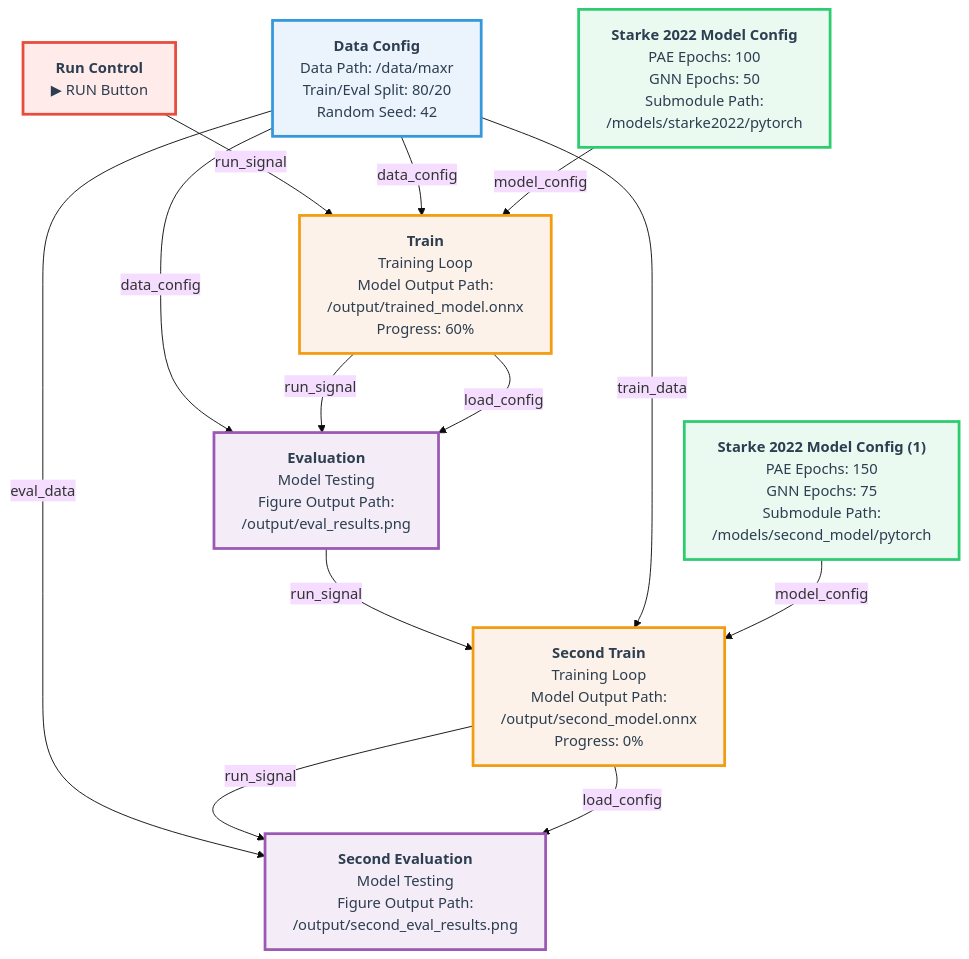
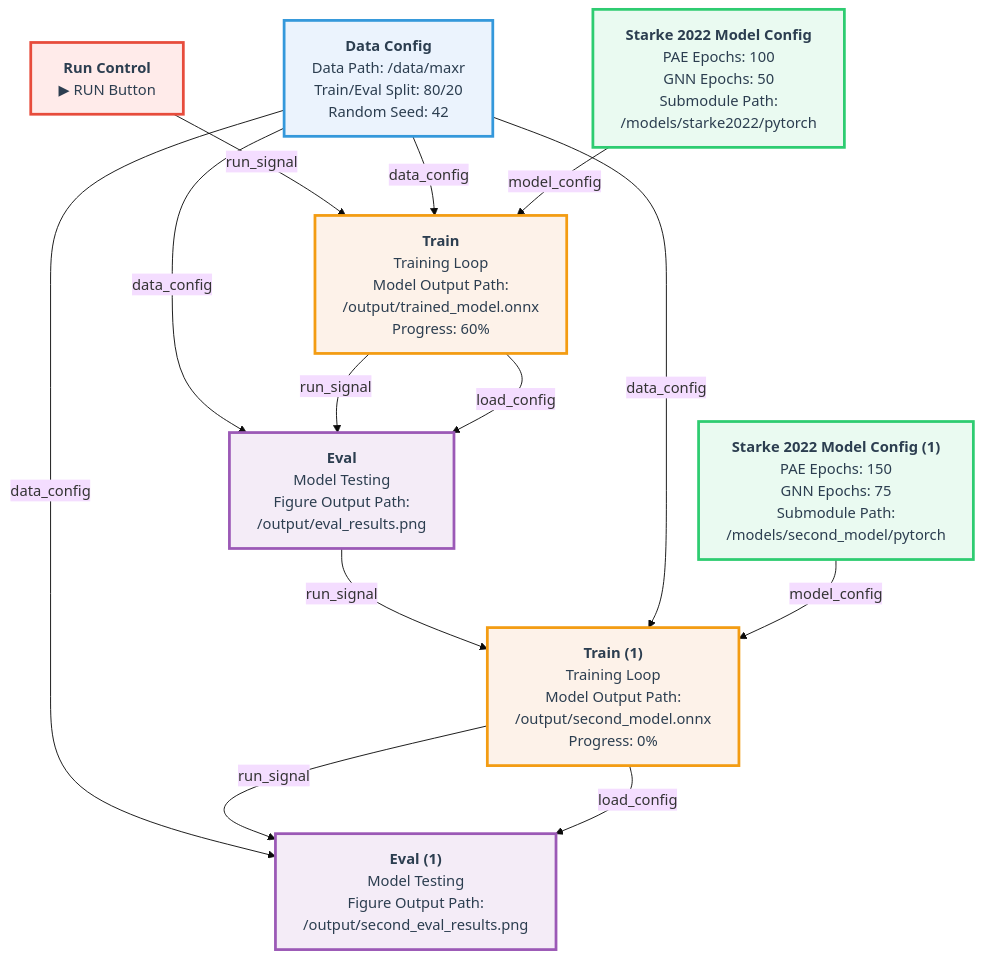
The diagram in doc/multi_training_pipeline.md (FilmakademieRnd/AnimHost), drawn with Mermaid (base theme) before and after one commit. The commit also changed 4 other files, not shown here.

Commit message:
design doc v1 mermaid and code snippets

````diff
--- a/doc/multi_training_pipeline.md
+++ b/doc/multi_training_pipeline.md
@@ -3,43 +3,43 @@
 ```mermaid
 graph TD
     %% Training Pipeline Nodes
     A["<b>Run Control</b><br/>▶ RUN Button"]
     B["<b>Data Config</b><br/>Data Path: /data/maxr<br/>Train/Eval Split: 80/20<br/>Random Seed: 42"]
     C["<b>Starke 2022 Model Config</b><br/>PAE Epochs: 100<br/>GNN Epochs: 50<br/>Submodule Path:<br/>/models/starke2022/pytorch"]
     E["<b>Train</b><br/>Training Loop<br/>Model Output Path:<br/>/output/trained_model.onnx<br/>Progress: 60%"]
-    F["<b>Evaluation</b><br/>Model Testing<br/>Figure Output Path:<br/>/output/eval_results.png"]
+    F["<b>Eval</b><br/>Model Testing<br/>Figure Output Path:<br/>/output/eval_results.png"]
     
     %% Second Training Pipeline Nodes
     G["<b>Starke 2022 Model Config (1)</b><br/>PAE Epochs: 150<br/>GNN Epochs: 75<br/>Submodule Path:<br/>/models/second_model/pytorch"]
-    I["<b>Second Train</b><br/>Training Loop<br/>Model Output Path:<br/>/output/second_model.onnx<br/>Progress: 0%"]
-    J["<b>Second Evaluation</b><br/>Model Testing<br/>Figure Output Path:<br/>/output/second_eval_results.png"]
+    I["<b>Train (1)</b><br/>Training Loop<br/>Model Output Path:<br/>/output/second_model.onnx<br/>Progress: 0%"]
+    J["<b>Eval (1)</b><br/>Model Testing<br/>Figure Output Path:<br/>/output/second_eval_results.png"]
     
     %% Training Pipeline Connections
     A -->|run_signal| E
     B -->|data_config| E
     B -->|data_config| F
     C -->|model_config| E
     E -->|run_signal| F
     E -->|load_config| F
     
     %% Second Training Pipeline Connections
     F -->|run_signal| I
-    B -->|train_data| I
-    B -->|eval_data| J
+    B -->|data_config| I
+    B -->|data_config| J
     G -->|model_config| I
     I -->|run_signal| J
     I -->|load_config| J
     
     %% Node Styling
     classDef runNode fill:#ffebea,stroke:#e74c3c,stroke-width:3px,color:#2c3e50
     classDef dataNode fill:#ebf3fd,stroke:#3498db,stroke-width:3px,color:#2c3e50
     classDef modelNode fill:#eafaf1,stroke:#2ecc71,stroke-width:3px,color:#2c3e50
     classDef trainNode fill:#fdf2e9,stroke:#f39c12,stroke-width:3px,color:#2c3e50
     classDef evalNode fill:#f4ecf7,stroke:#9b59b6,stroke-width:3px,color:#2c3e50
     
     class A runNode
     class B dataNode
     class C,G modelNode
     class E,I trainNode
     class F,J evalNode
 ```
````
